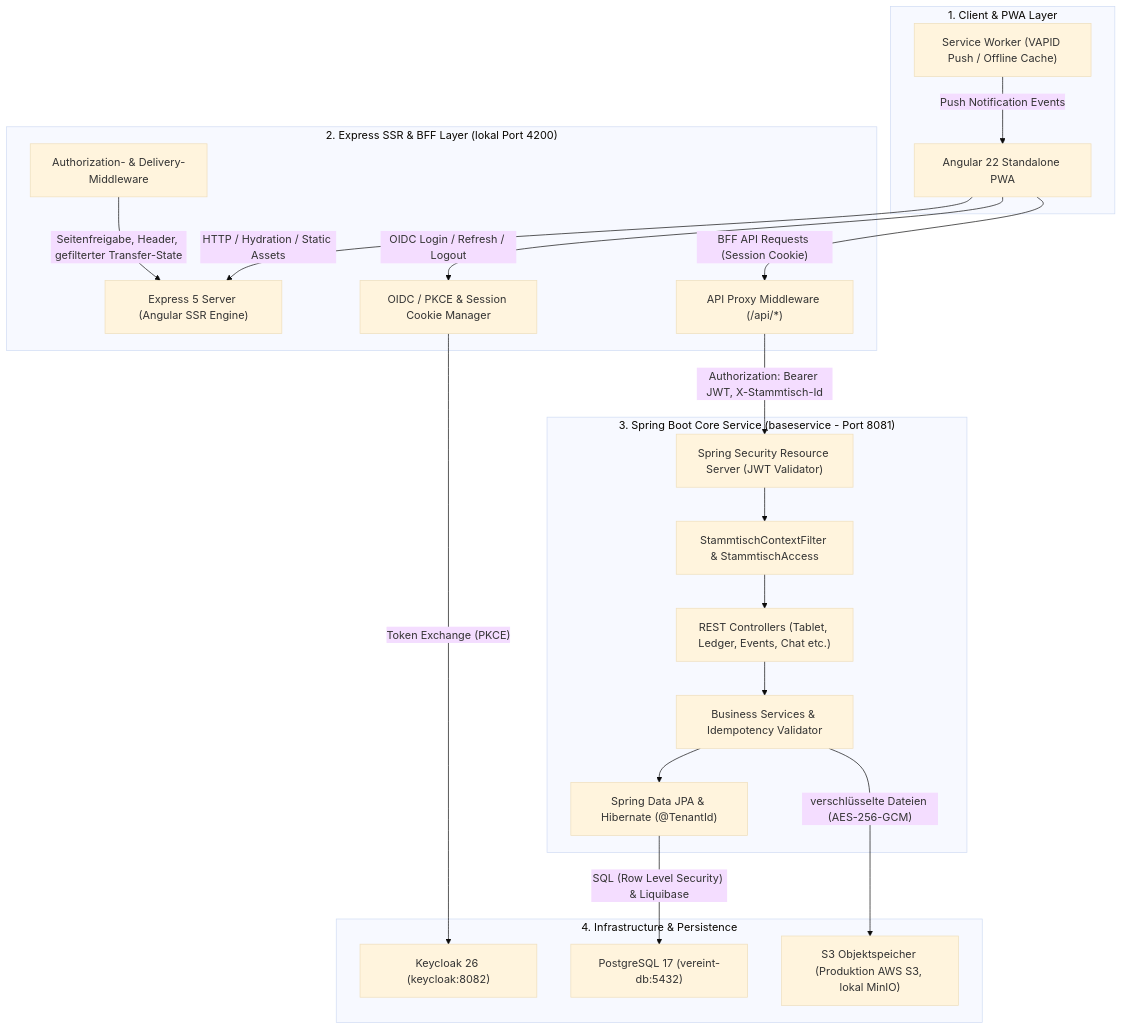
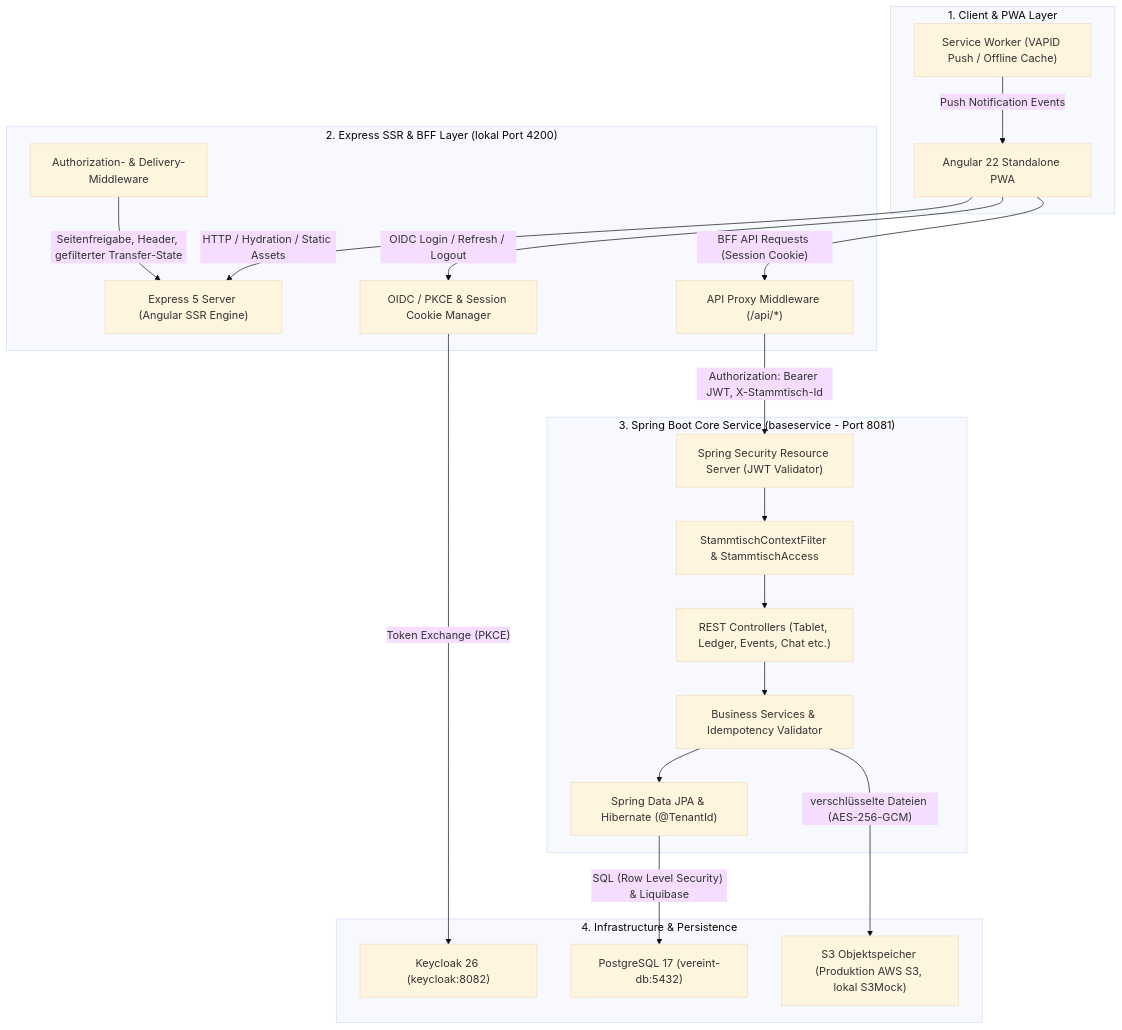
One commit to damaurer/vereint changed the first of 2 diagrams in docs/architecture/system-overview.md. Above: the diagram before and after it, drawn with Mermaid (base theme). The commit also changed other lines of this file and 12 other files, not shown here.

````diff
--- a/docs/architecture/system-overview.md
+++ b/docs/architecture/system-overview.md
@@ -11,44 +11,44 @@
 ```mermaid
 graph TD
     subgraph ClientLayer ["1. Client & PWA Layer"]
         Browser["Angular 22 Standalone PWA"]
         SW["Service Worker (VAPID Push / Offline Cache)"]
     end
 
     subgraph BFFLayer ["2. Express SSR & BFF Layer (lokal Port 4200)"]
         SSR["Express 5 Server (Angular SSR Engine)"]
         AuthBFF["OIDC / PKCE & Session Cookie Manager"]
         DeliveryMW["Authorization- & Delivery-Middleware"]
         ApiProxy["API Proxy Middleware (/api/*)"]
     end
 
     subgraph BackendLayer ["3. Spring Boot Core Service (baseservice - Port 8081)"]
         SecFilter["Spring Security Resource Server (JWT Validator)"]
         AccessCtrl["StammtischContextFilter & StammtischAccess"]
         Controllers["REST Controllers (Tablet, Ledger, Events, Chat etc.)"]
         Services["Business Services & Idempotency Validator"]
         DataLayer["Spring Data JPA & Hibernate (@TenantId)"]
     end
 
     subgraph InfraLayer ["4. Infrastructure & Persistence"]
         PG["PostgreSQL 17 (vereint-db:5432)"]
         KC["Keycloak 26 (keycloak:8082)"]
-        S3["S3 Objektspeicher (Produktion AWS S3, lokal MinIO)"]
+        S3["S3 Objektspeicher (Produktion AWS S3, lokal S3Mock)"]
     end
 
     Browser -->|HTTP / Hydration / Static Assets| SSR
     Browser -->|OIDC Login / Refresh / Logout| AuthBFF
     Browser -->|"BFF API Requests (Session Cookie)"| ApiProxy
     SW -->|Push Notification Events| Browser
 
     AuthBFF -->|"Token Exchange (PKCE)"| KC
     DeliveryMW -->|"Seitenfreigabe, Header, gefilterter Transfer-State"| SSR
     ApiProxy -->|"Authorization: Bearer JWT, X-Stammtisch-Id"| SecFilter
 
     SecFilter --> AccessCtrl
     AccessCtrl --> Controllers
     Controllers --> Services
     Services --> DataLayer
     DataLayer -->|"SQL (Row Level Security) & Liquibase"| PG
     Services -->|"verschlüsselte Dateien (AES-256-GCM)"| S3
 ```
````
